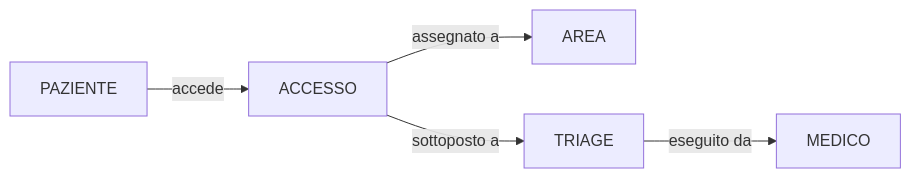
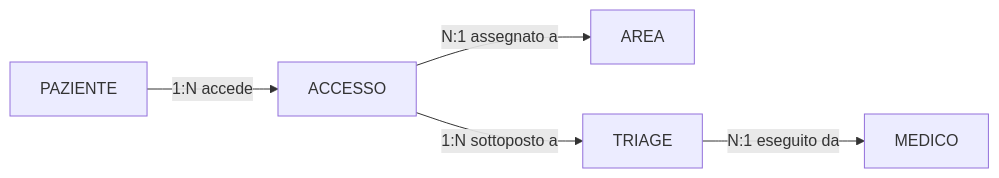
The second of 4 diagrams in 08-progettazione-er/esercizi/05-esercizio-pronto-soccorso.md (lucadagati/Lab_Fondamenti_di_Informatica_25_26), drawn with Mermaid before and after one commit. The commit also changed other lines of this file and 60 other files, not shown here.

Commit message:
Add Chen ER step-by-step draw.io diagrams and fix layout

````diff
--- a/08-progettazione-er/esercizi/05-esercizio-pronto-soccorso.md
+++ b/08-progettazione-er/esercizi/05-esercizio-pronto-soccorso.md
@@ -58,7 +58,7 @@
 ```mermaid
 flowchart LR
-    P[PAZIENTE] -->|accede| A[ACCESSO]
-    A -->|assegnato a| AR[AREA]
-    A -->|sottoposto a| T[TRIAGE]
-    T -->|eseguito da| M[MEDICO]
+    P[PAZIENTE] -->|1:N accede| A[ACCESSO]
+    A -->|N:1 assegnato a| AR[AREA]
+    A -->|1:N sottoposto a| T[TRIAGE]
+    T -->|N:1 eseguito da| M[MEDICO]
 ```
````
